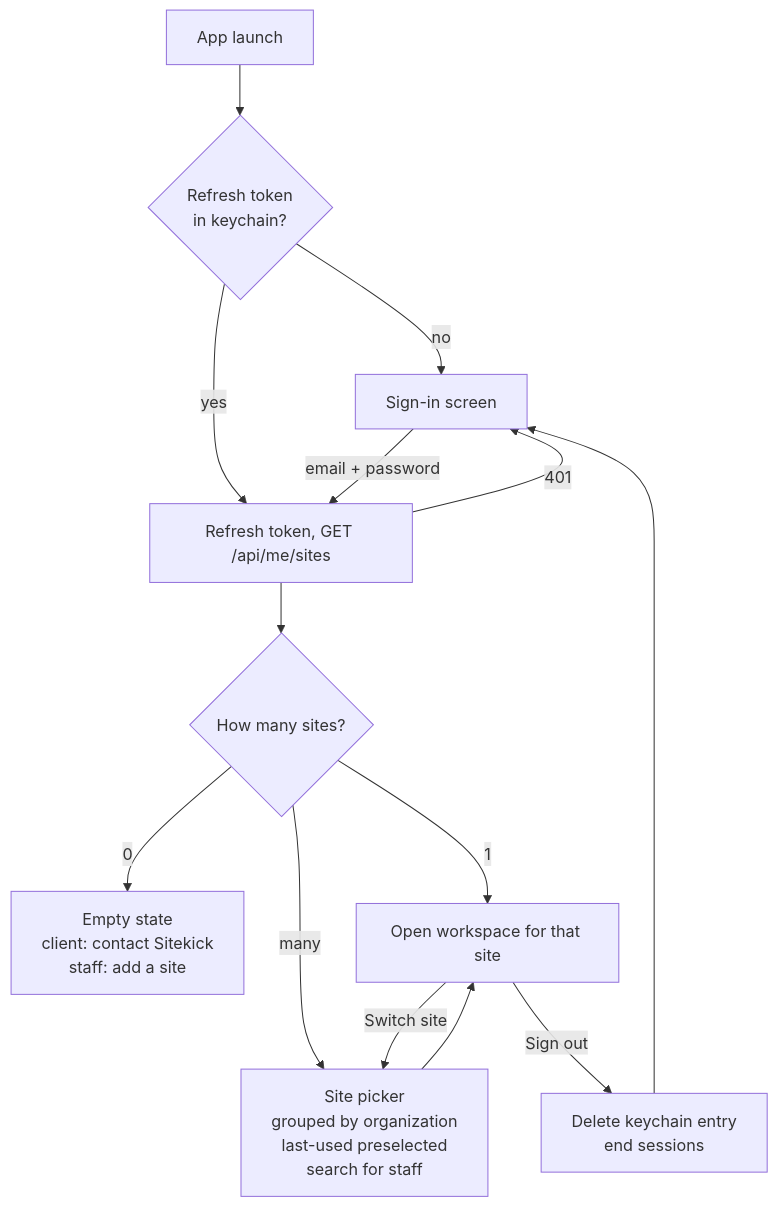
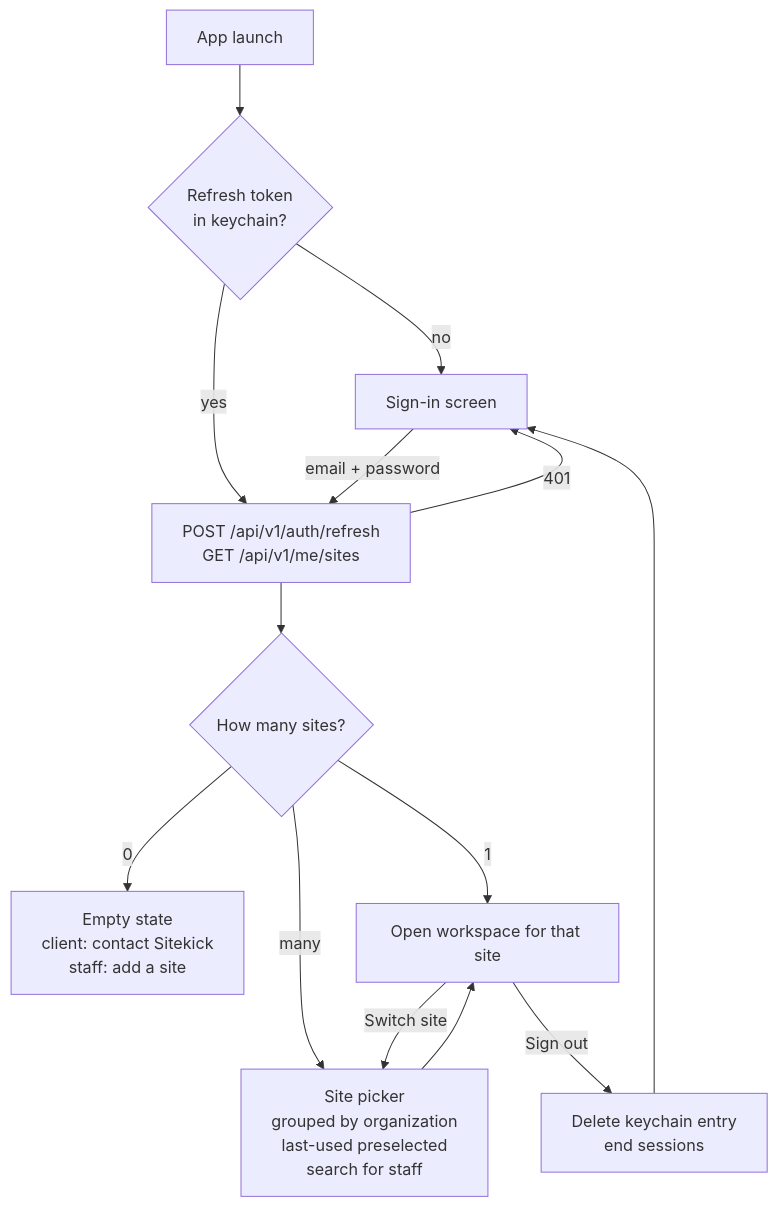
Before and after one commit to sitekickcodes/sitekick: the second of 2 diagrams in docs/architecture.md, drawn with Mermaid. The commit also changed other lines of this file, not shown here.

First line of the commit message:
Decide on Payload auth for v1 with swap-friendly guardrails

````diff
--- a/docs/architecture.md
+++ b/docs/architecture.md
@@ -105,15 +114,15 @@
 ```mermaid
 flowchart TD
   A[App launch] --> B{Refresh token<br/>in keychain?}
   B -- no --> L[Sign-in screen]
-  B -- yes --> R[Refresh token, GET /api/me/sites]
+  B -- yes --> R[POST /api/v1/auth/refresh<br/>GET /api/v1/me/sites]
   R -- 401 --> L
   L -- email + password --> R
   R --> C{How many sites?}
   C -- 0 --> E[Empty state<br/>client: contact Sitekick<br/>staff: add a site]
   C -- 1 --> W[Open workspace for that site]
   C -- many --> P[Site picker<br/>grouped by organization<br/>last-used preselected<br/>search for staff]
   P --> W
   W -- Switch site --> P
   W -- Sign out --> X[Delete keychain entry<br/>end sessions] --> L
 ```
````
